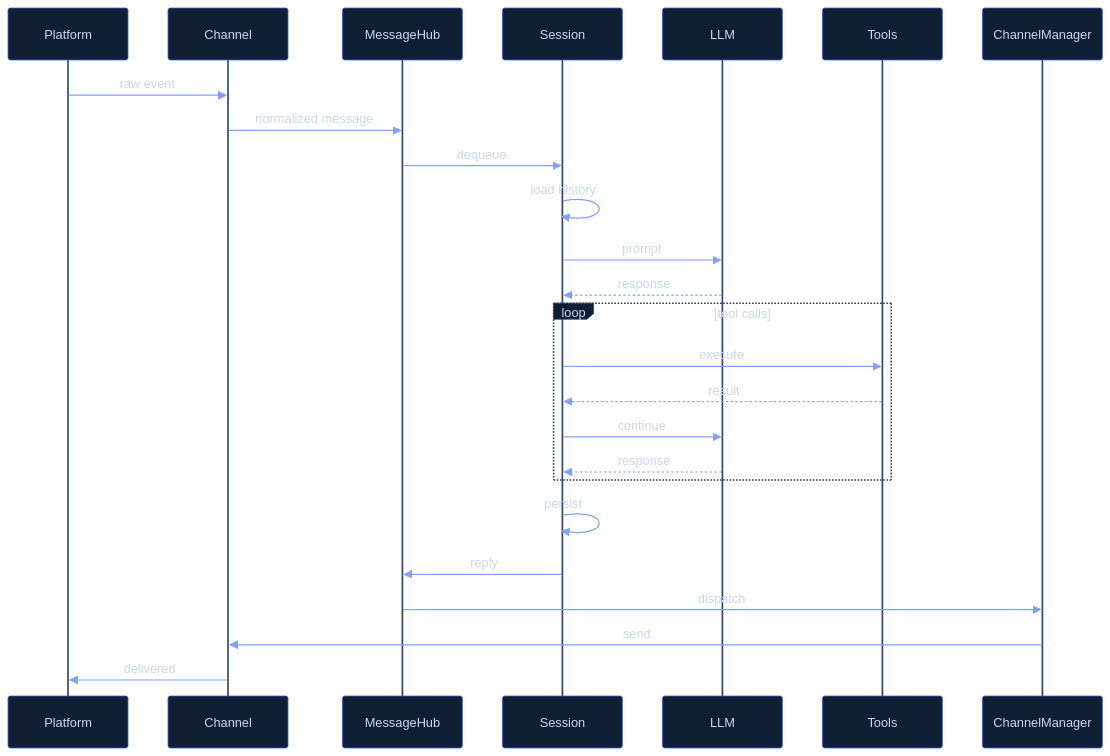
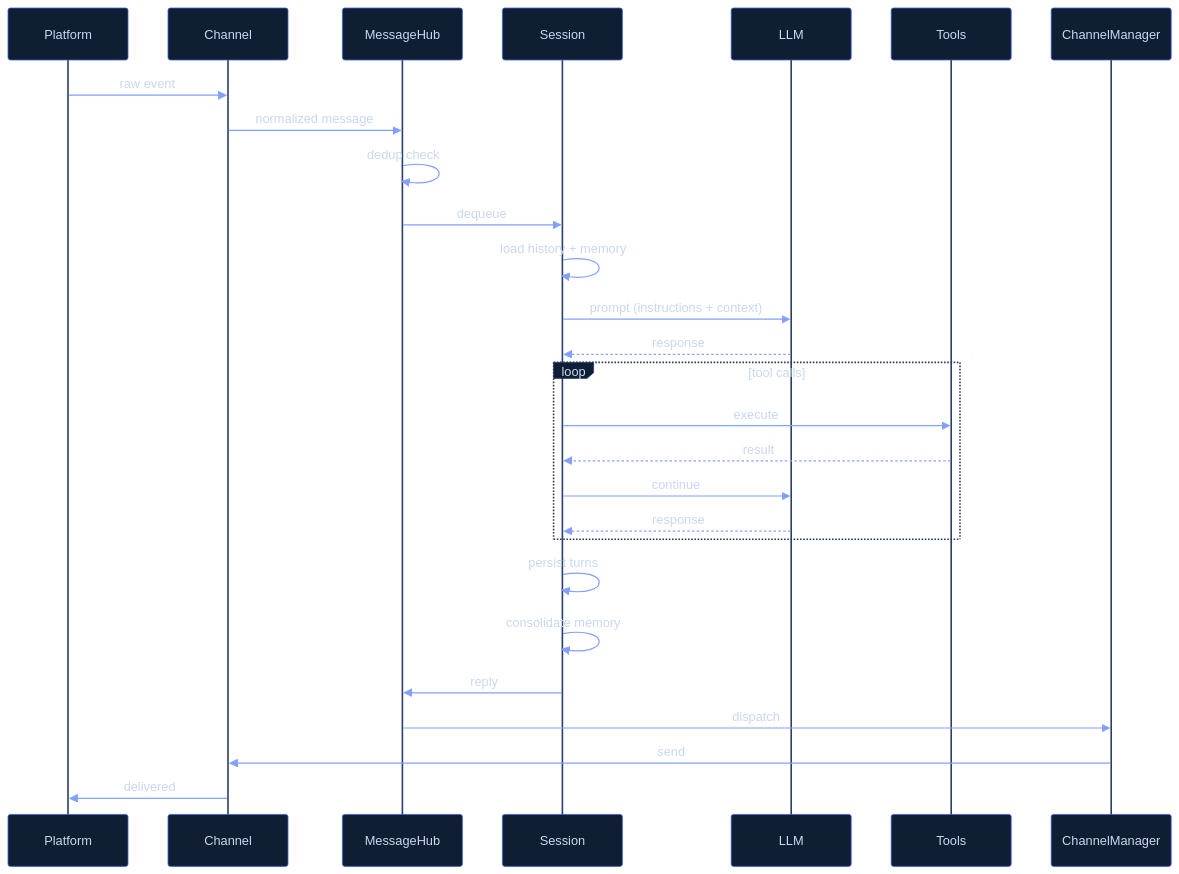
Before and after one commit to whanyu1212/Krill.jl: the second of 3 diagrams in docs/src/guide/architecture.md, drawn with Mermaid. The commit also changed other lines of this file and 33 other files, not shown here.

````diff
--- a/docs/src/guide/architecture.md
+++ b/docs/src/guide/architecture.md
@@ -65,58 +65,60 @@
 ```mermaid
 %%{init: {
   "theme": "base",
   "themeVariables": {
     "primaryColor": "#1a2e4a",
     "primaryTextColor": "#c8d8f0",
     "primaryBorderColor": "#4063d8",
     "lineColor": "#4a6490",
     "secondaryColor": "#0f1e33",
     "tertiaryColor": "#122033",
     "activationBorderColor": "#4063d8",
     "activationBkgColor": "#162840",
     "actorBkg": "#0f1e33",
     "actorBorder": "#4063d8",
     "actorTextColor": "#c8d8f0",
     "actorLineColor": "#2a3f66",
     "signalColor": "#82a0ff",
     "signalTextColor": "#c8d8f0",
     "labelBoxBkgColor": "#0d1e35",
     "labelBoxBorderColor": "#2a3f66",
     "labelTextColor": "#c8d8f0",
     "loopTextColor": "#c8d8f0",
     "noteBkgColor": "#162840",
     "noteBorderColor": "#4063d8",
     "noteTextColor": "#c8d8f0",
     "fontFamily": "JuliaMono, IBM Plex Mono, Menlo, monospace",
     "fontSize": "15px"
   }
 }}%%
 sequenceDiagram
   participant P as Platform
   participant CH as Channel
   participant HUB as MessageHub
   participant SES as Session
   participant LLM as LLM
   participant TOOLS as Tools
   participant MGR as ChannelManager
 
   P->>CH: raw event
   CH->>HUB: normalized message
+  HUB->>HUB: dedup check
   HUB->>SES: dequeue
-  SES->>SES: load history
-  SES->>LLM: prompt
+  SES->>SES: load history + memory
+  SES->>LLM: prompt (instructions + context)
   LLM-->>SES: response
 
   loop tool calls
     SES->>TOOLS: execute
     TOOLS-->>SES: result
     SES->>LLM: continue
     LLM-->>SES: response
   end
 
-  SES->>SES: persist
+  SES->>SES: persist turns
+  SES->>SES: consolidate memory
   SES->>HUB: reply
   HUB->>MGR: dispatch
   MGR->>CH: send
   CH->>P: delivered
 ```
````
